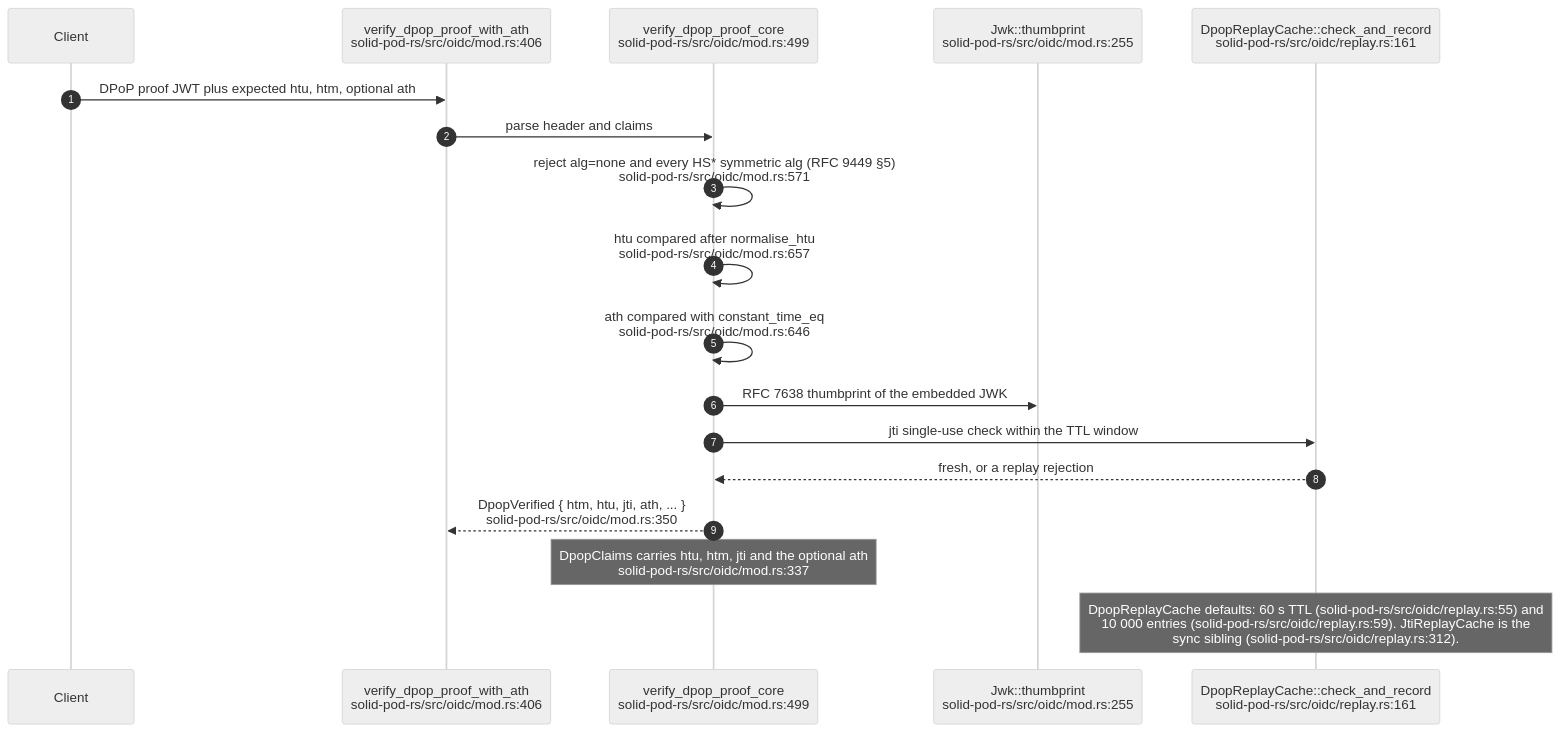
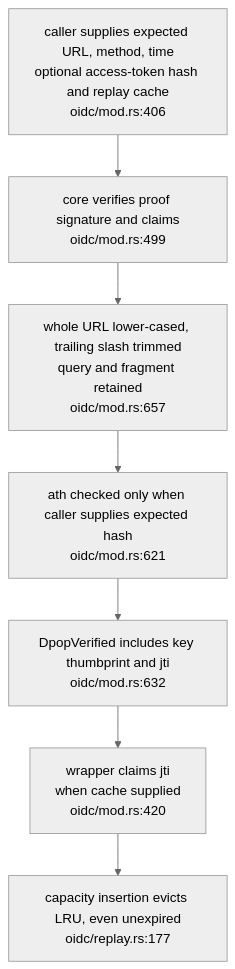
One commit to DreamLab-AI/VisionFlow changed the sixth of 18 diagrams in docs/diagrams/solid-pod-rs/05-identity-nip98-did-oidc.md. Above: the diagram before and after it, drawn with Mermaid (neutral theme). The commit also changed other lines of this file and 55 other files, not shown here.

Commit message:
docs: assess Solid OIDC admission and guarded fetching

````diff
--- a/docs/diagrams/solid-pod-rs/05-identity-nip98-did-oidc.md
+++ b/docs/diagrams/solid-pod-rs/05-identity-nip98-did-oidc.md
@@ -210,21 +211,12 @@
 ```mermaid
-sequenceDiagram
-    autonumber
-    participant C as Client
-    participant D as verify_dpop_proof_with_ath<br/>solid-pod-rs/src/oidc/mod.rs:406
-    participant C2 as verify_dpop_proof_core<br/>solid-pod-rs/src/oidc/mod.rs:499
-    participant J as Jwk::thumbprint<br/>solid-pod-rs/src/oidc/mod.rs:255
-    participant R as DpopReplayCache::check_and_record<br/>solid-pod-rs/src/oidc/replay.rs:161
-
-    C->>D: DPoP proof JWT plus expected htu, htm, optional ath
-    D->>C2: parse header and claims
-    C2->>C2: reject alg=none and every HS* symmetric alg (RFC 9449 §5)<br/>solid-pod-rs/src/oidc/mod.rs:571
-    C2->>C2: htu compared after normalise_htu<br/>solid-pod-rs/src/oidc/mod.rs:657
-    C2->>C2: ath compared with constant_time_eq<br/>solid-pod-rs/src/oidc/mod.rs:646
-    C2->>J: RFC 7638 thumbprint of the embedded JWK
-    C2->>R: jti single-use check within the TTL window
-    R-->>C2: fresh, or a replay rejection
-    C2-->>D: DpopVerified { htm, htu, jti, ath, ... }<br/>solid-pod-rs/src/oidc/mod.rs:350
-    Note over C2: DpopClaims carries htu, htm, jti and the optional ath<br/>solid-pod-rs/src/oidc/mod.rs:337
-    Note over R: DpopReplayCache defaults: 60 s TTL (solid-pod-rs/src/oidc/replay.rs:55) and<br/>10 000 entries (solid-pod-rs/src/oidc/replay.rs:59). JtiReplayCache is the<br/>sync sibling (solid-pod-rs/src/oidc/replay.rs:312).
+flowchart TD
+    CALL["caller supplies expected URL, method, time<br/>optional access-token hash and replay cache<br/>oidc/mod.rs:406"]
+    CORE["core verifies proof signature and claims<br/>oidc/mod.rs:499"]
+    URL["whole URL lower-cased, trailing slash trimmed<br/>query and fragment retained<br/>oidc/mod.rs:657"]
+    ATH["ath checked only when caller supplies expected hash<br/>oidc/mod.rs:621"]
+    RESULT["DpopVerified includes key thumbprint and jti<br/>oidc/mod.rs:632"]
+    CACHE["wrapper claims jti<br/>when cache supplied<br/>oidc/mod.rs:420"]
+    EVICT["capacity insertion evicts LRU, even unexpired<br/>oidc/replay.rs:177"]
+    CALL --> CORE --> URL --> ATH --> RESULT --> CACHE
+    CACHE --> EVICT
 ```
````
